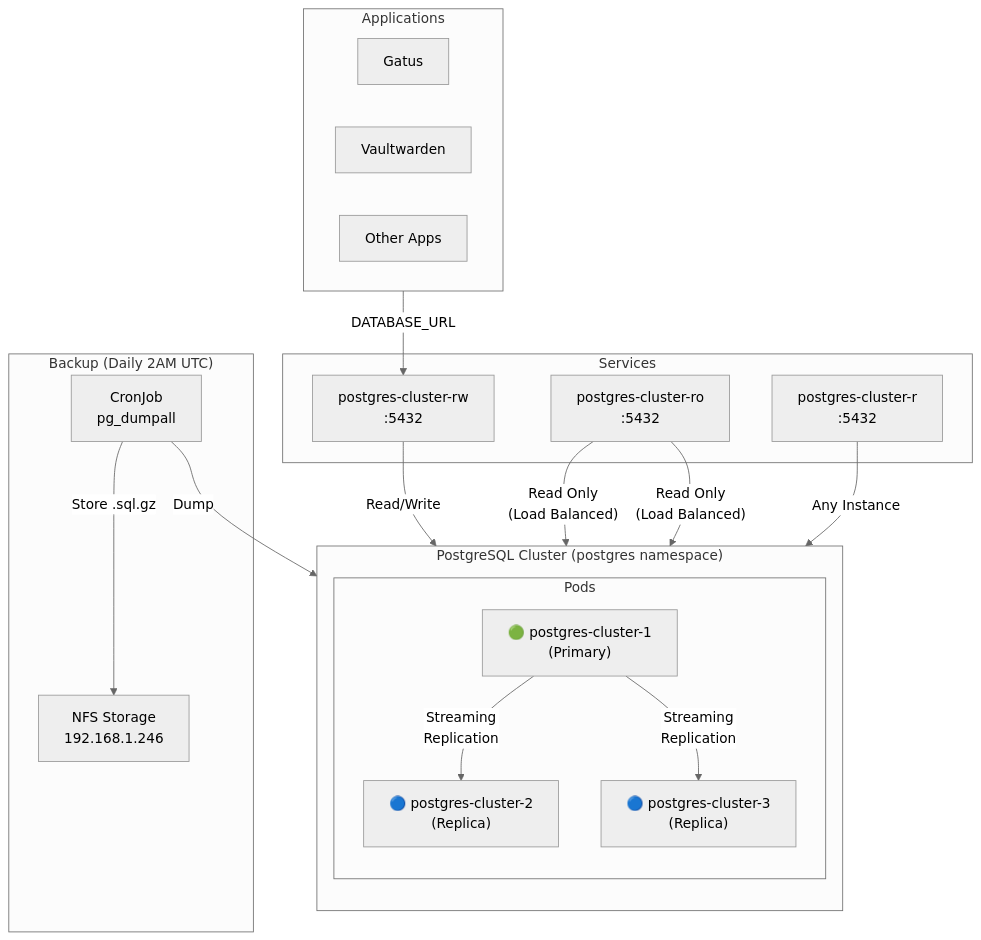
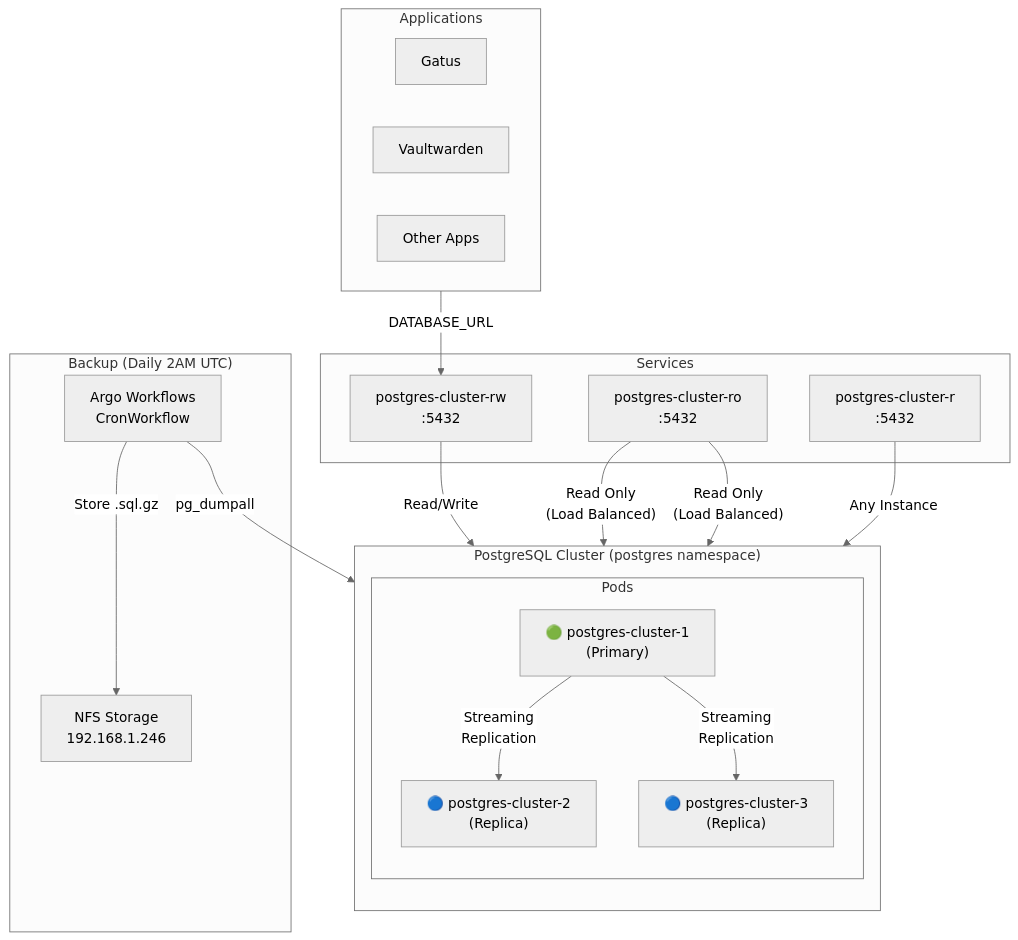
Before and after one commit to eosho/jigga.xyz: the first of 2 diagrams in k8s/apps/postgres/README.md, drawn with Mermaid (neutral theme). The commit also changed other lines of this file and 10 other files, not shown here.

First line of the commit message:
chore: migrate postgres backups to Argo Workflows, add alerts

````diff
--- a/k8s/apps/postgres/README.md
+++ b/k8s/apps/postgres/README.md
@@ -7,42 +7,42 @@
 ```mermaid
 flowchart TB
     subgraph cluster["PostgreSQL Cluster (postgres namespace)"]
         direction TB
 
         subgraph pods["Pods"]
             primary["🟢 postgres-cluster-1<br/>(Primary)"]
             replica1["🔵 postgres-cluster-2<br/>(Replica)"]
             replica2["🔵 postgres-cluster-3<br/>(Replica)"]
         end
 
         primary -->|"Streaming<br/>Replication"| replica1
         primary -->|"Streaming<br/>Replication"| replica2
     end
 
     subgraph services["Services"]
         rw["postgres-cluster-rw<br/>:5432"]
         ro["postgres-cluster-ro<br/>:5432"]
         r["postgres-cluster-r<br/>:5432"]
     end
 
     subgraph apps["Applications"]
         gatus["Gatus"]
         vaultwarden["Vaultwarden"]
         other["Other Apps"]
     end
 
     rw -->|"Read/Write"| primary
     ro -->|"Read Only<br/>(Load Balanced)"| replica1
     ro -->|"Read Only<br/>(Load Balanced)"| replica2
     r -->|"Any Instance"| pods
 
     apps -->|"DATABASE_URL"| rw
 
     subgraph backup["Backup (Daily 2AM UTC)"]
-        cronjob["CronJob<br/>pg_dumpall"]
+        argo["Argo Workflows<br/>CronWorkflow"]
         nfs["NFS Storage<br/>192.168.1.246"]
     end
 
-    cronjob -->|"Dump"| primary
-    cronjob -->|"Store .sql.gz"| nfs
+    argo -->|"pg_dumpall"| primary
+    argo -->|"Store .sql.gz"| nfs
 ```
````
